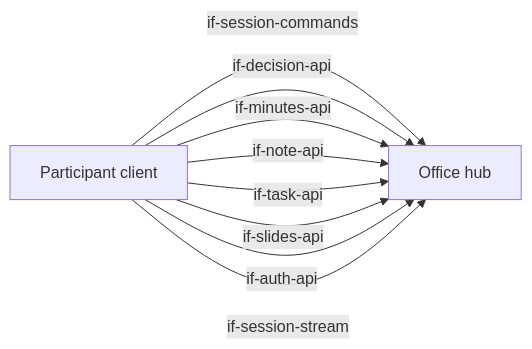
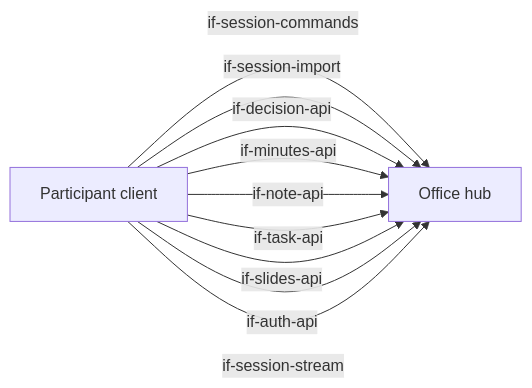
One commit to mrsimpson/agentic-office changed the first of 3 diagrams in docs/architecture/05-building-blocks.arc42.md. Above: the diagram before and after it, drawn with Mermaid. The commit also changed other lines of this file and 31 other files, not shown here.

````diff
--- a/docs/architecture/05-building-blocks.arc42.md
+++ b/docs/architecture/05-building-blocks.arc42.md
@@ -24,13 +24,14 @@
 ```mermaid
 flowchart LR
     bb_office_hub[Office hub]
     bb_participant_client[Participant client]
     bb_participant_client -->|if-session-commands| bb_office_hub
+    bb_participant_client -->|if-session-import| bb_office_hub
     bb_participant_client -->|if-decision-api| bb_office_hub
     bb_participant_client -->|if-minutes-api| bb_office_hub
     bb_participant_client -->|if-note-api| bb_office_hub
     bb_participant_client -->|if-task-api| bb_office_hub
     bb_participant_client -->|if-slides-api| bb_office_hub
     bb_participant_client -->|if-auth-api| bb_office_hub
     bb_participant_client -->|if-session-stream| bb_office_hub
 ```
````
